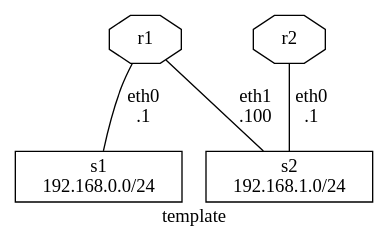
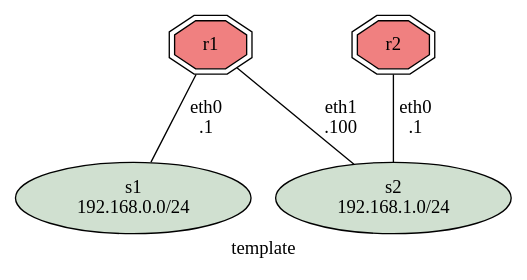
Before and after one commit to FRRouting/topotests: the diagram in GUIDELINES.md, drawn with Graphviz. The commit also changed 2 other files, not shown here.

Commit message:
template: change the default dot file
Make it look like the RIP(ng) dot files with authentic shapes and colors
for routers and switches.

````diff
--- a/GUIDELINES.md
+++ b/GUIDELINES.md
@@ -120,31 +120,39 @@
 ```dot
 graph template {
 	label="template";
 
 	# Routers
 	r1 [
-		shape=octagon,
+		shape=doubleoctagon,
 		label="r1",
+		fillcolor="#f08080",
+		style=filled,
 	];
 	r2 [
-		shape=octagon
+		shape=doubleoctagon,
 		label="r2",
+		fillcolor="#f08080",
+		style=filled,
 	];
 
 	# Switches
 	s1 [
-		shape=box,
+		shape=oval,
 		label="s1\n192.168.0.0/24",
+		fillcolor="#d0e0d0",
+		style=filled,
 	];
 	s2 [
-		shape=box,
+		shape=oval,
 		label="s2\n192.168.1.0/24",
+		fillcolor="#d0e0d0",
+		style=filled,
 	];
 
 	# Connections
 	r1 -- s1 [label="eth0\n.1"];
 
 	r1 -- s2 [label="eth1\n.100"];
 	r2 -- s2 [label="eth0\n.1"];
 }
 ```
````
